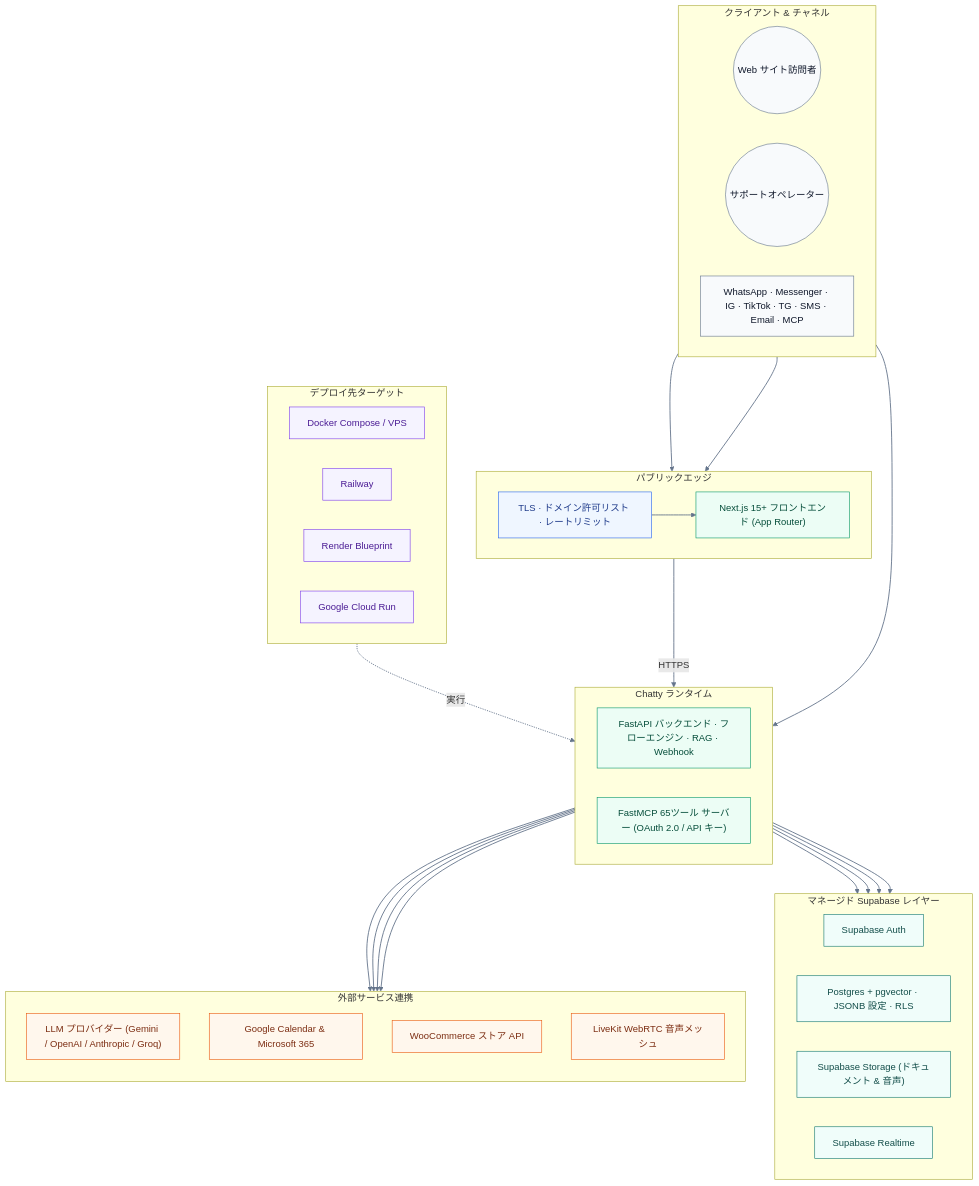
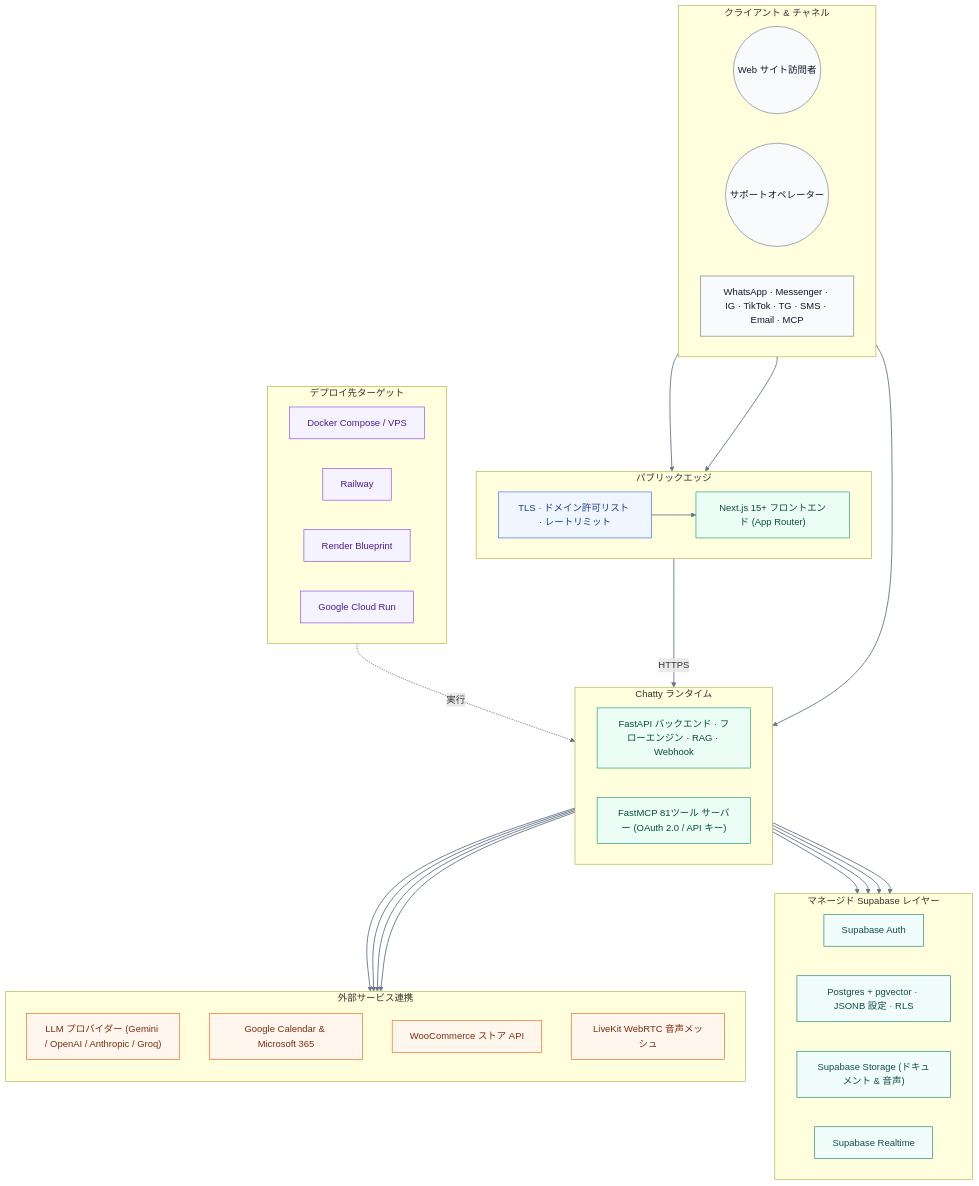
The second of 2 diagrams in README.ja.md (PersonaliAI/chatty), drawn with Mermaid before and after one commit. The commit also changed other lines of this file and 12 other files, not shown here.

````diff
--- a/README.ja.md
+++ b/README.ja.md
@@ -351,63 +351,63 @@
 ```mermaid
 flowchart TB
     classDef actor fill:#f8fafc,stroke:#64748b,color:#0f172a
     classDef edge fill:#eff6ff,stroke:#2563eb,color:#1e3a8a
     classDef app fill:#ecfdf5,stroke:#059669,color:#064e3b
     classDef data fill:#f0fdfa,stroke:#0f766e,color:#134e4a
     classDef integration fill:#fff7ed,stroke:#ea580c,color:#7c2d12
     classDef deploy fill:#f5f3ff,stroke:#7c3aed,color:#4c1d95
 
     subgraph clients["クライアント & チャネル"]
         direction LR
         visitor(("Web サイト訪問者")):::actor
         operator(("サポートオペレーター")):::actor
         omni["WhatsApp · Messenger · IG · TikTok · TG · SMS · Email · MCP"]:::actor
     end
     subgraph edge["パブリックエッジ"]
         direction LR
         tls["TLS · ドメイン許可リスト · レートリミット"]:::edge
         web["Next.js 15+ フロントエンド (App Router)"]:::app
     end
     subgraph runtime["Chatty ランタイム"]
         direction LR
         api["FastAPI バックエンド · フローエンジン · RAG · Webhook"]:::app
-        mcp["FastMCP 65ツール サーバー (OAuth 2.0 / API キー)"]:::app
+        mcp["FastMCP 81ツール サーバー (OAuth 2.0 / API キー)"]:::app
     end
     subgraph managed["マネージド Supabase レイヤー"]
         direction LR
         auth["Supabase Auth"]:::data
         postgres["Postgres + pgvector · JSONB 設定 · RLS"]:::data
         storage["Supabase Storage (ドキュメント & 音声)"]:::data
         realtime["Supabase Realtime"]:::data
     end
     subgraph integrations["外部サービス連携"]
         direction TB
         llm["LLM プロバイダー (Gemini / OpenAI / Anthropic / Groq)"]:::integration
         calendar["Google Calendar & Microsoft 365"]:::integration
         wooCommerce["WooCommerce ストア API"]:::integration
         voiceLiveKit["LiveKit WebRTC 音声メッシュ"]:::integration
     end
     subgraph targets["デプロイ先ターゲット"]
         direction LR
         docker["Docker Compose / VPS"]:::deploy
         railway["Railway"]:::deploy
         render["Render Blueprint"]:::deploy
         cloudrun["Google Cloud Run"]:::deploy
     end
 
     visitor --> tls
     operator --> web
     omni --> api
     tls --> web
     web -->|HTTPS| api
     api --> auth
     api --> postgres
     api --> storage
     api --> realtime
     api --> llm
     api --> calendar
     api --> wooCommerce
     api --> voiceLiveKit
     targets -. 実行 .-> runtime
     linkStyle default stroke:#64748b,stroke-width:1.5px
 ```
````
